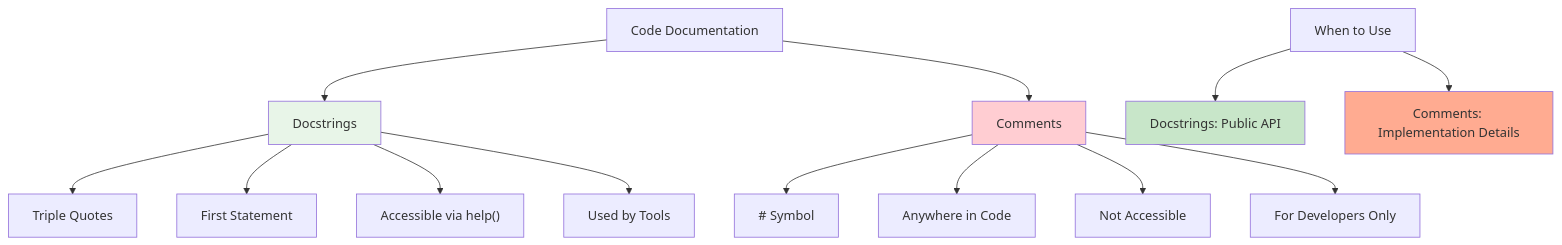
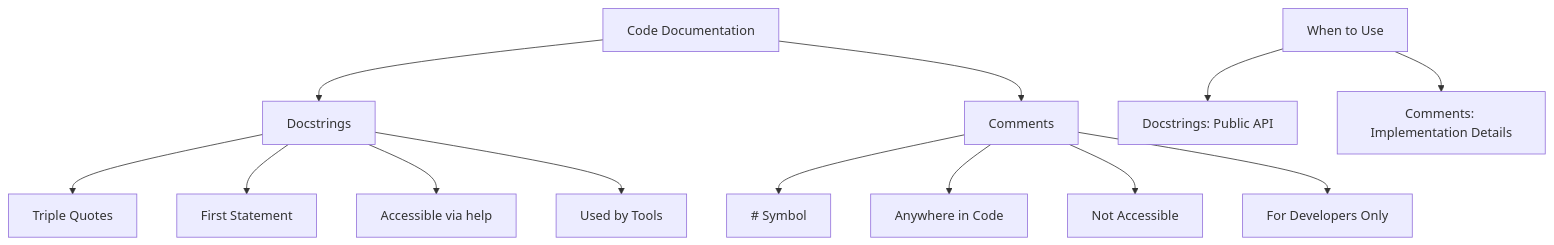
One commit to sayyamsheikh42/Python-Learning-Material changed the third of 14 diagrams in 00_python_colab/18_docstrings_mkdocs/readme.md. Above: the diagram before and after it, drawn with Mermaid. The commit also changed other lines of this file, not shown here.

````diff
--- a/00_python_colab/18_docstrings_mkdocs/readme.md
+++ b/00_python_colab/18_docstrings_mkdocs/readme.md
@@ -149,23 +140,18 @@
 ```mermaid
 graph TD
-    A["Code Documentation"] --> B["Docstrings"]
-    A --> C["Comments"]
+    A[Code Documentation] --> B[Docstrings]
+    A --> C[Comments]
     
-    B --> B1["Triple Quotes"]
-    B --> B2["First Statement"]
-    B --> B3["Accessible via help()"]
-    B --> B4["Used by Tools"]
+    B --> B1[Triple Quotes]
+    B --> B2[First Statement]
+    B --> B3[Accessible via help]
+    B --> B4[Used by Tools]
     
-    C --> C1["# Symbol"]
-    C --> C2["Anywhere in Code"]
-    C --> C3["Not Accessible"]
-    C --> C4["For Developers Only"]
+    C --> C1[# Symbol]
+    C --> C2[Anywhere in Code]
+    C --> C3[Not Accessible]
+    C --> C4[For Developers Only]
     
-    D["When to Use"] --> D1["Docstrings: Public API"]
-    D --> D2["Comments: Implementation Details"]
-    
-    style B fill:#e8f5e8
-    style C fill:#ffcdd2
-    style D1 fill:#c8e6c9
-    style D2 fill:#ffab91
+    D[When to Use] --> D1[Docstrings: Public API]
+    D --> D2[Comments: Implementation Details]
 ```
````
